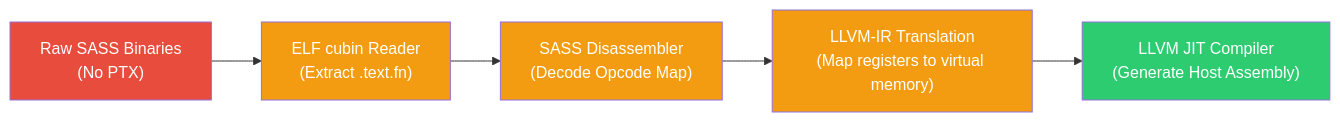
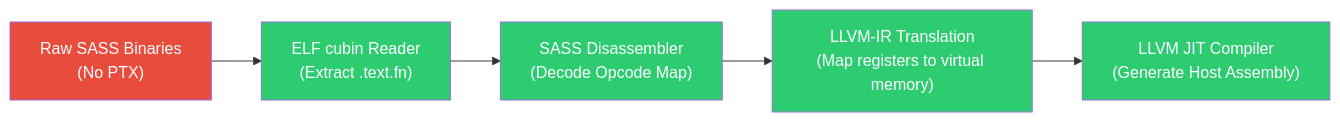
The second of 2 diagrams in docs/implementationPlan.md (etienne0114/vgre), drawn with Mermaid before and after one commit. The commit also changed other lines of this file and 48 other files, not shown here.

````diff
--- a/docs/implementationPlan.md
+++ b/docs/implementationPlan.md
@@ -39,13 +39,13 @@
 ```mermaid
 flowchart LR
     A["Raw SASS Binaries\n(No PTX)"] --> B["ELF cubin Reader\n(Extract .text.fn)"]
     B --> C["SASS Disassembler\n(Decode Opcode Map)"]
     C --> D["LLVM-IR Translation\n(Map registers to virtual memory)"]
     D --> E["LLVM JIT Compiler\n(Generate Host Assembly)"]
 
     style A fill:#e74c3c,color:#fff
-    style B fill:#f39c12,color:#fff
-    style C fill:#f39c12,color:#fff
-    style D fill:#f39c12,color:#fff
+    style B fill:#2ecc71,color:#fff
+    style C fill:#2ecc71,color:#fff
+    style D fill:#2ecc71,color:#fff
     style E fill:#2ecc71,color:#fff
 ```
````
